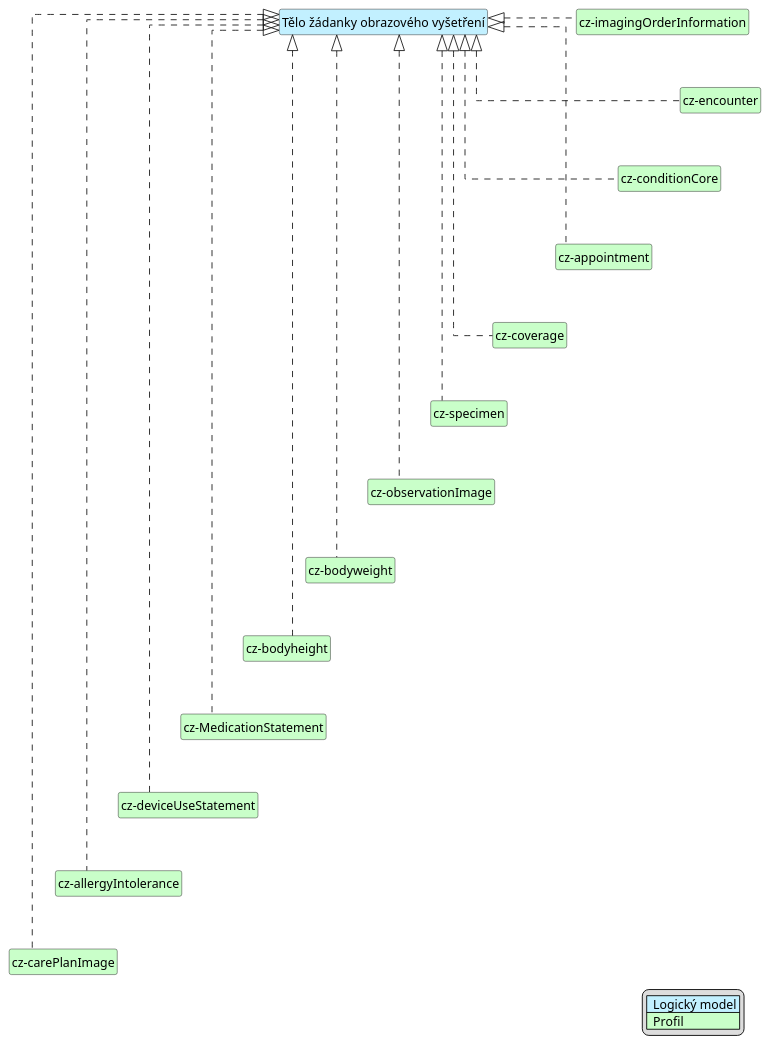
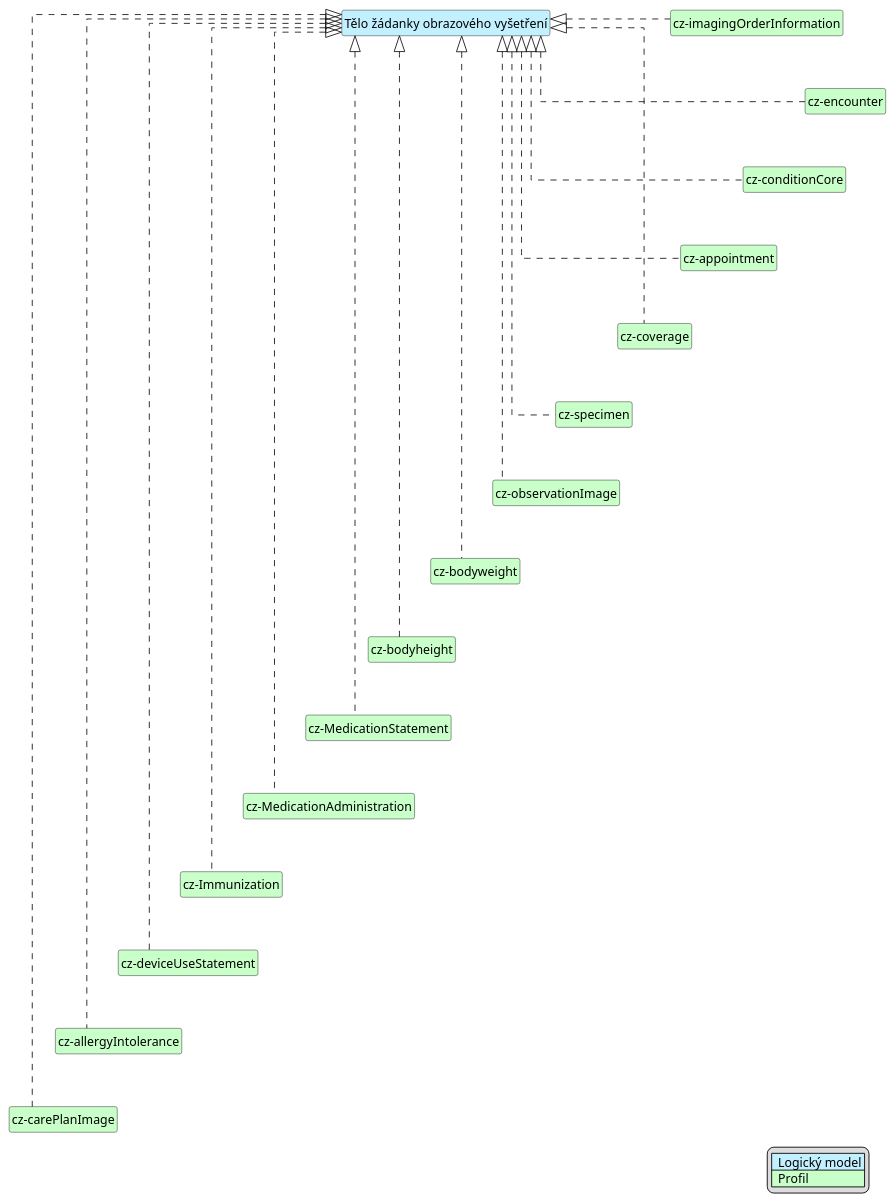
One commit to HL7-cz/img-order changed the diagram in input/images-source/imgOrderBody-map-cs.plantuml. Above: the diagram before and after it, drawn with PlantUML. The commit also changed 7 other files, not shown here.

Commit message:
Add profiles medication administration and immunization to supportinginfo

```diff
--- a/input/images-source/imgOrderBody-map-cs.plantuml
+++ b/input/images-source/imgOrderBody-map-cs.plantuml
@@ -1,58 +1,64 @@
 @startuml
 hide circle
 hide stereotype
 hide members
 hide methods
 skinparam linetype ortho
 skinparam class {
 BackgroundColor<<LogicalModel>> #APPLICATION
 BackgroundColor<<Profile>> #TECHNOLOGY
 }
 legend right
 | <#APPLICATION>  Logický model |
 | <#TECHNOLOGY>  Profil |
 endlegend
 class "Tělo žádanky obrazového vyšetření" <<LogicalModel>> [[StructureDefinition-BodyImageOrderCz.html]]
 
 class "cz-imagingOrderInformation" <<Profile>> [[StructureDefinition-cz-imagingOrderInformation.html]]
 class "cz-conditionCore" <<Profile>> [[https://hl7.cz/fhir/core/StructureDefinition-condition-cz-core.html]]
 class "cz-encounter" <<Profile>> [[https://hl7.cz/fhir/core/StructureDefinition-cz-encounter.html]]
 class "cz-coverage" <<Profile>> [[https://hl7.cz/fhir/core/StructureDefinition-cz-coverage.html]]
 class "cz-appointment" <<Profile>> [[https://hl7.cz/fhir/core/StructureDefinition-appointment-cz-core.html]]
 class "cz-specimen" <<Profile>> [[https://hl7.cz/fhir/core/StructureDefinition-cz-specimen.html]]
 class "cz-observationImage" <<Profile>> [[StructureDefinition-cz-observationImage.html]]
 class "cz-bodyweight" <<Profile>> [[StructureDefinition-cz-bodyweight.html]]
 class "cz-bodyheight" <<Profile>> [[StructureDefinition-cz-bodyheight.html]]
 class "cz-MedicationStatement" <<Profile>> [[https://hl7.cz/fhir/core/StructureDefinition-medicationStatement-cz-core.html]]
+class "cz-MedicationAdministration" <<Profile>> [[https://hl7.cz/fhir/core/StructureDefinition-medicationAdministration-cz-core.html]]
+class "cz-Immunization" <<Profile>> [[https://hl7.cz/fhir/core/StructureDefinition-immunization-cz-core.html]]
 class "cz-deviceUseStatement" <<Profile>> [[StructureDefinition-cz-deviceUseStatement.html]]
 class "cz-allergyIntolerance" <<Profile>> [[https://hl7.cz/fhir/core/StructureDefinition-allergyIntolerance-cz-core.html]]
 class "cz-carePlanImage" <<Profile>> [[https://hl7.cz/fhir/core/StructureDefinition-carePlan-cz-core.html]]
 
 "Tělo žádanky obrazového vyšetření" <|. "cz-imagingOrderInformation"
 "Tělo žádanky obrazového vyšetření" <|. "cz-appointment"
 "Tělo žádanky obrazového vyšetření" <|. "cz-coverage"
 "Tělo žádanky obrazového vyšetření" <|. "cz-conditionCore"
 "Tělo žádanky obrazového vyšetření" <|. "cz-encounter"
 "Tělo žádanky obrazového vyšetření" <|. "cz-specimen"
 "Tělo žádanky obrazového vyšetření" <|. "cz-observationImage"
 "Tělo žádanky obrazového vyšetření" <|. "cz-bodyweight"
 "Tělo žádanky obrazového vyšetření" <|. "cz-bodyheight"
 "Tělo žádanky obrazového vyšetření" <|. "cz-MedicationStatement"
+"Tělo žádanky obrazového vyšetření" <|. "cz-MedicationAdministration"
+"Tělo žádanky obrazového vyšetření" <|. "cz-Immunization"
 "Tělo žádanky obrazového vyšetření" <|. "cz-deviceUseStatement"
 "Tělo žádanky obrazového vyšetření" <|. "cz-allergyIntolerance"
 "Tělo žádanky obrazového vyšetření" <|. "cz-carePlanImage"
 
 "cz-imagingOrderInformation" -d[hidden]-> "cz-encounter"
 "cz-encounter" -d[hidden]-> "cz-conditionCore"
 "cz-conditionCore" -d[hidden]-> "cz-appointment"
 "cz-appointment" -d[hidden]-> "cz-coverage"
 "cz-coverage" -d[hidden]-> "cz-specimen"
 "cz-specimen" -d[hidden]-> "cz-observationImage"
 "cz-observationImage" -d[hidden]-> "cz-bodyweight"
 "cz-bodyweight" -d[hidden]-> "cz-bodyheight"
 "cz-bodyheight" -d[hidden]-> "cz-MedicationStatement"
-"cz-MedicationStatement" -d[hidden]-> "cz-deviceUseStatement"
+"cz-MedicationStatement" -d[hidden]-> "cz-MedicationAdministration"
+"cz-MedicationAdministration" -d[hidden]-> "cz-Immunization"
+"cz-Immunization" -d[hidden]-> "cz-deviceUseStatement"
 "cz-deviceUseStatement" -d[hidden]-> "cz-allergyIntolerance"
 "cz-allergyIntolerance" -d[hidden]-> "cz-carePlanImage"
 
 @enduml
```
